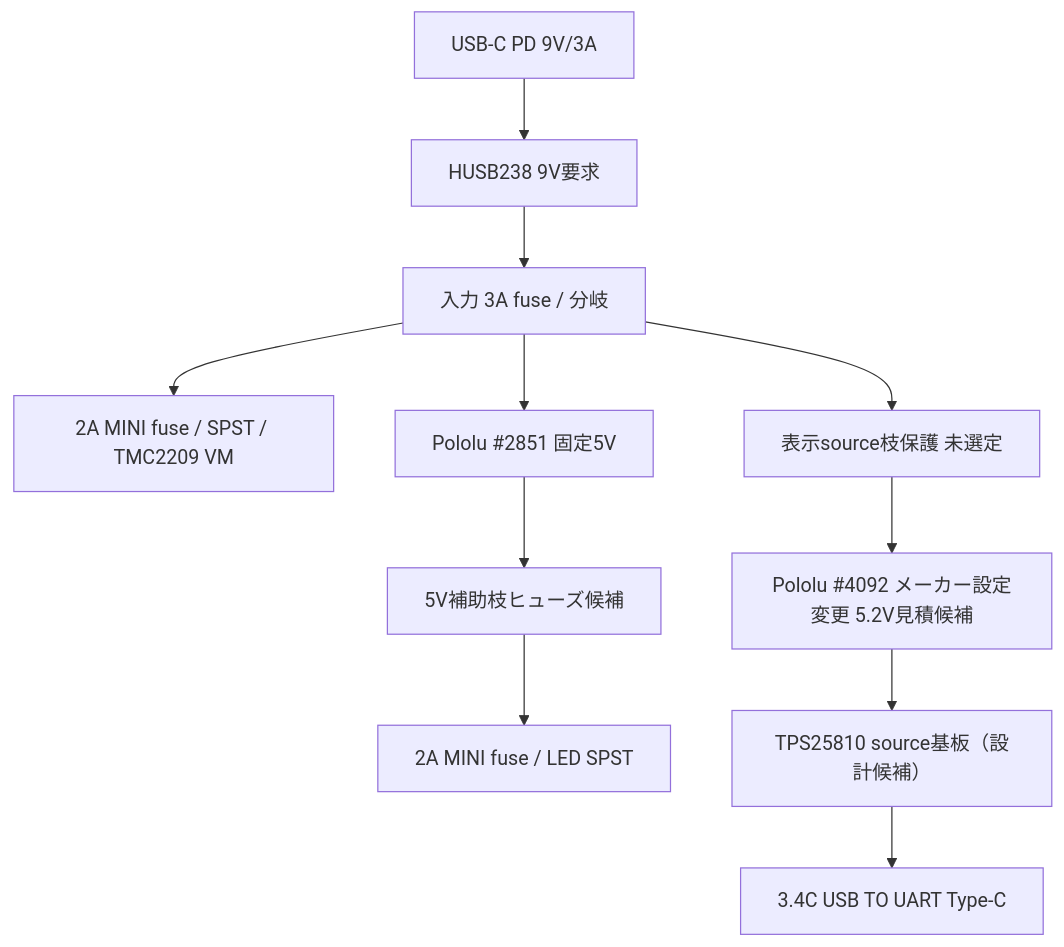
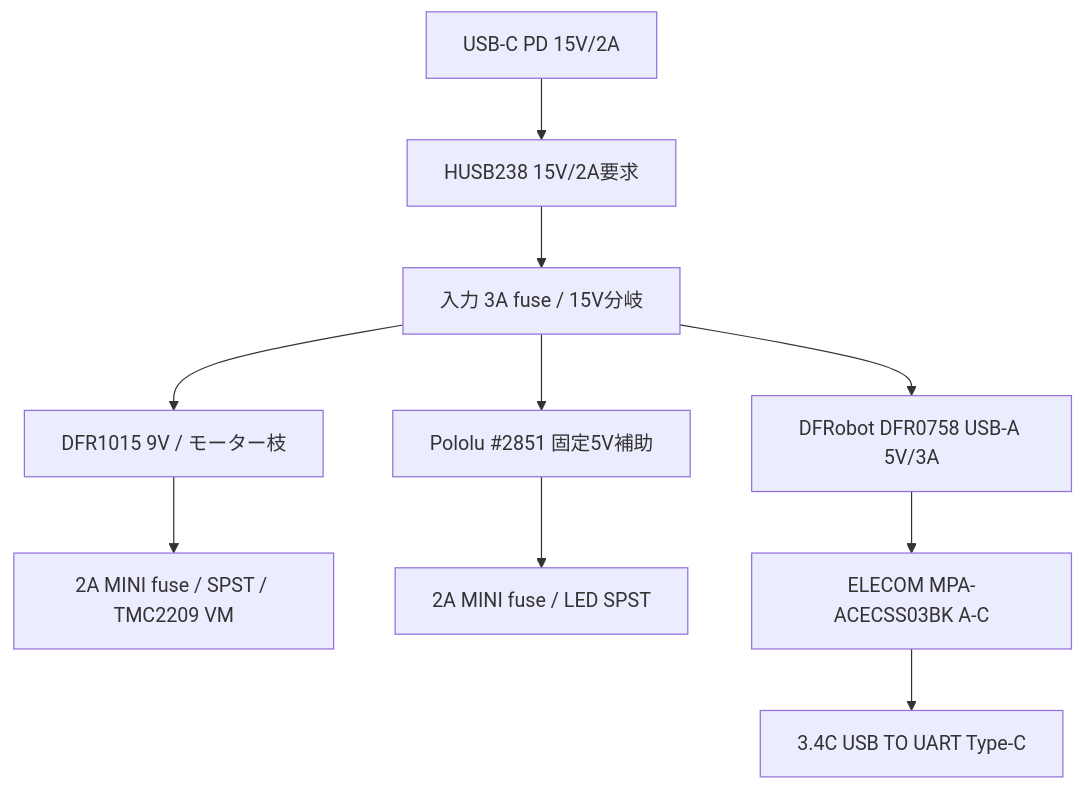
One commit to motomasa-honda/DialCanvas-SAS changed the diagram in docs/04-electronics/power-and-control.md. Above: the diagram before and after it, drawn with Mermaid. The commit also changed other lines of this file and 50 other files, not shown here.

````diff
--- a/docs/04-electronics/power-and-control.md
+++ b/docs/04-electronics/power-and-control.md
@@ -7,13 +7,12 @@
 ```mermaid
 flowchart TD
-  A[USB-C PD 9V/3A] --> B[HUSB238 9V要求]
-  B --> C[入力 3A fuse / 分岐]
-  C --> D[2A MINI fuse / SPST / TMC2209 VM]
-  C --> E[Pololu #2851 固定5V]
-  E --> F[5V補助枝ヒューズ候補]
+  A[USB-C PD 15V/2A] --> B[HUSB238 15V/2A要求]
+  B --> C[入力 3A fuse / 15V分岐]
+  C --> D[DFR1015 9V / モーター枝]
+  D --> E[2A MINI fuse / SPST / TMC2209 VM]
+  C --> F[Pololu #2851 固定5V補助]
   F --> G[2A MINI fuse / LED SPST]
-  C --> I[表示source枝保護 未選定]
-  I --> J[Pololu #4092 メーカー設定変更 5.2V見積候補]
-  J --> K[TPS25810 source基板（設計候補）]
-  K --> L[3.4C USB TO UART Type-C]
+  C --> H[DFRobot DFR0758 USB-A 5V/3A]
+  H --> I[ELECOM MPA-ACECSS03BK A-C]
+  I --> J[3.4C USB TO UART Type-C]
 ```
````
